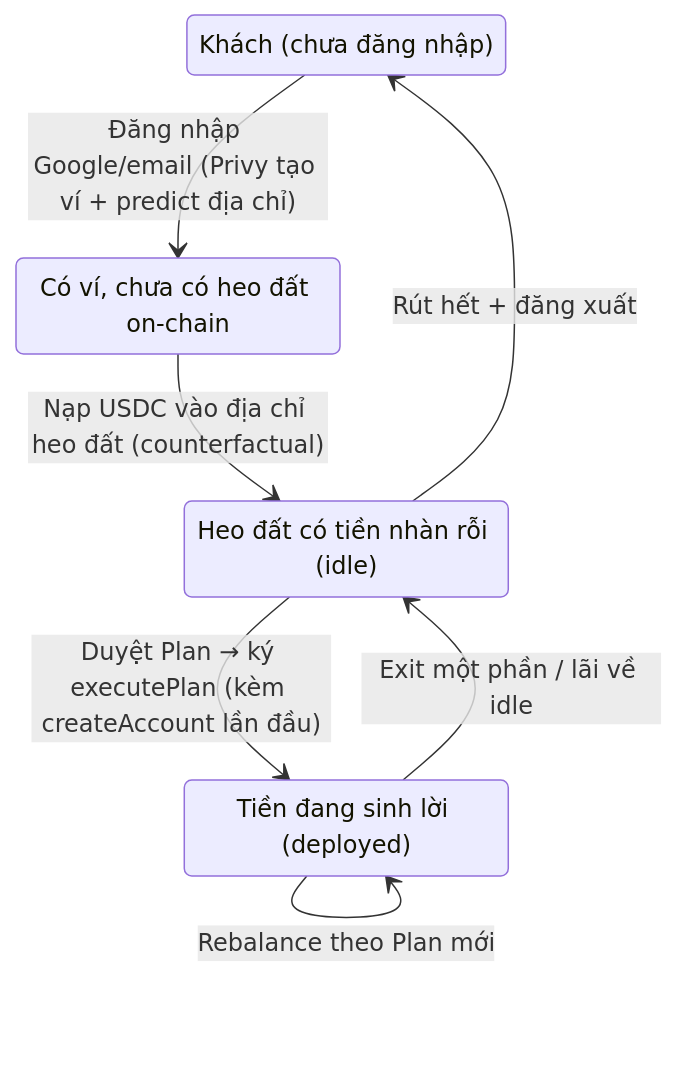
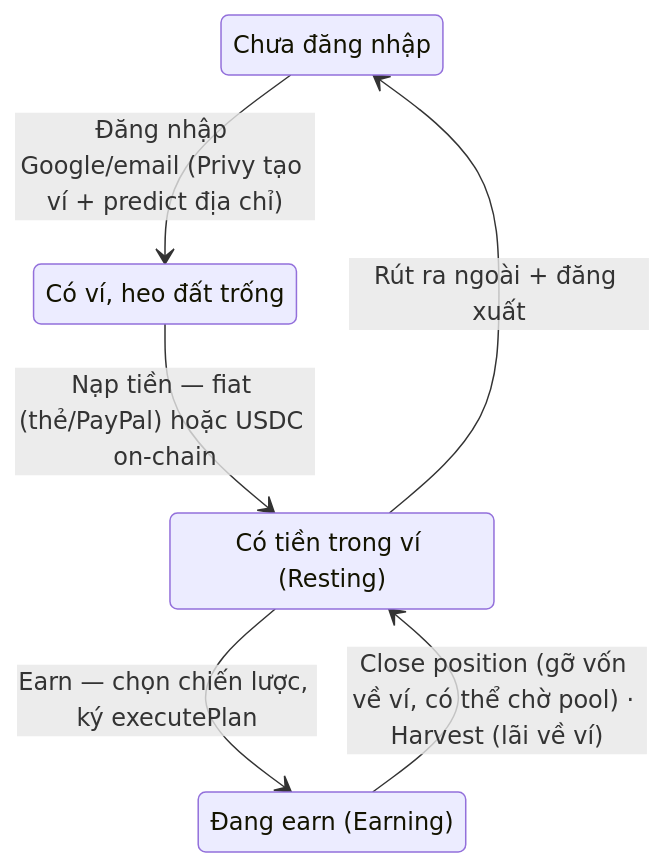
One commit to CryptoPiggy000/web changed the first of 2 diagrams in FLOW.md. Above: the diagram before and after it, drawn with Mermaid. The commit also changed other lines of this file and 6 other files, not shown here.

First line of the commit message:
docs: rewrite FLOW.md to current design + audit-fix doc/code drift

````diff
--- a/FLOW.md
+++ b/FLOW.md
@@ -17,14 +34,13 @@
 ```mermaid
 stateDiagram-v2
-    S0: Khách (chưa đăng nhập)
-    S1: Có ví, chưa có heo đất on-chain
-    S2: Heo đất có tiền nhàn rỗi (idle)
-    S3: Tiền đang sinh lời (deployed)
+    S0: Chưa đăng nhập
+    S1: Có ví, heo đất trống
+    S2: Có tiền trong ví (Resting)
+    S3: Đang earn (Earning)
 
     S0 --> S1: Đăng nhập Google/email (Privy tạo ví + predict địa chỉ)
-    S1 --> S2: Nạp USDC vào địa chỉ heo đất (counterfactual)
-    S2 --> S3: Duyệt Plan → ký executePlan (kèm createAccount lần đầu)
-    S3 --> S2: Exit một phần / lãi về idle
-    S3 --> S3: Rebalance theo Plan mới
-    S2 --> S0: Rút hết + đăng xuất
+    S1 --> S2: Nạp tiền — fiat (thẻ/PayPal) hoặc USDC on-chain
+    S2 --> S3: Earn — chọn chiến lược, ký executePlan
+    S3 --> S2: Close position (gỡ vốn về ví, có thể chờ pool) · Harvest (lãi về ví)
+    S2 --> S0: Rút ra ngoài + đăng xuất
 ```
````
